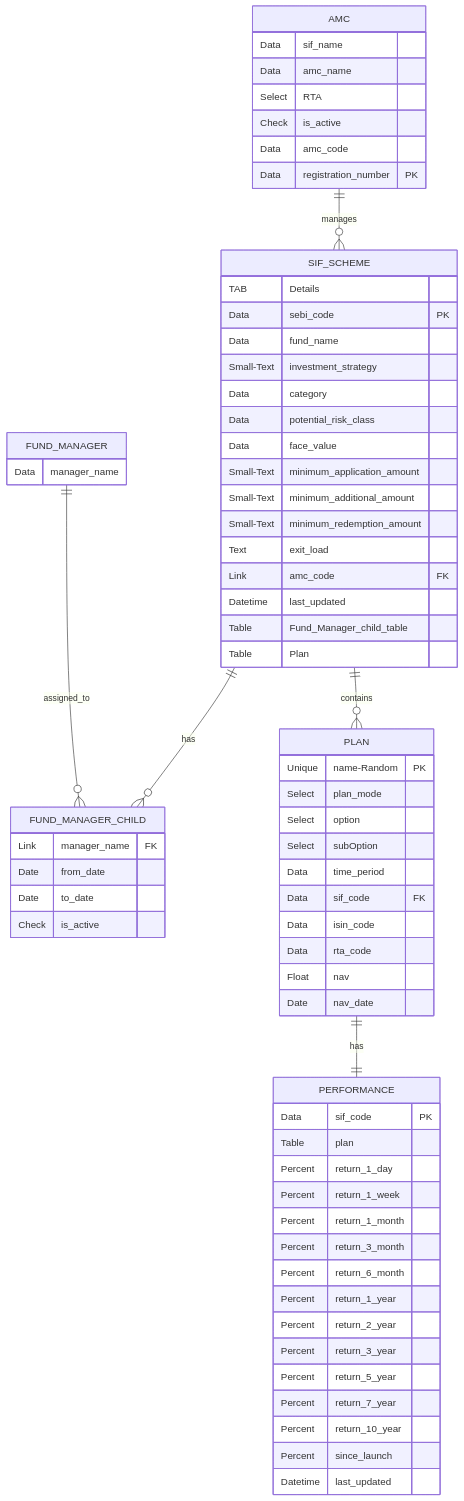
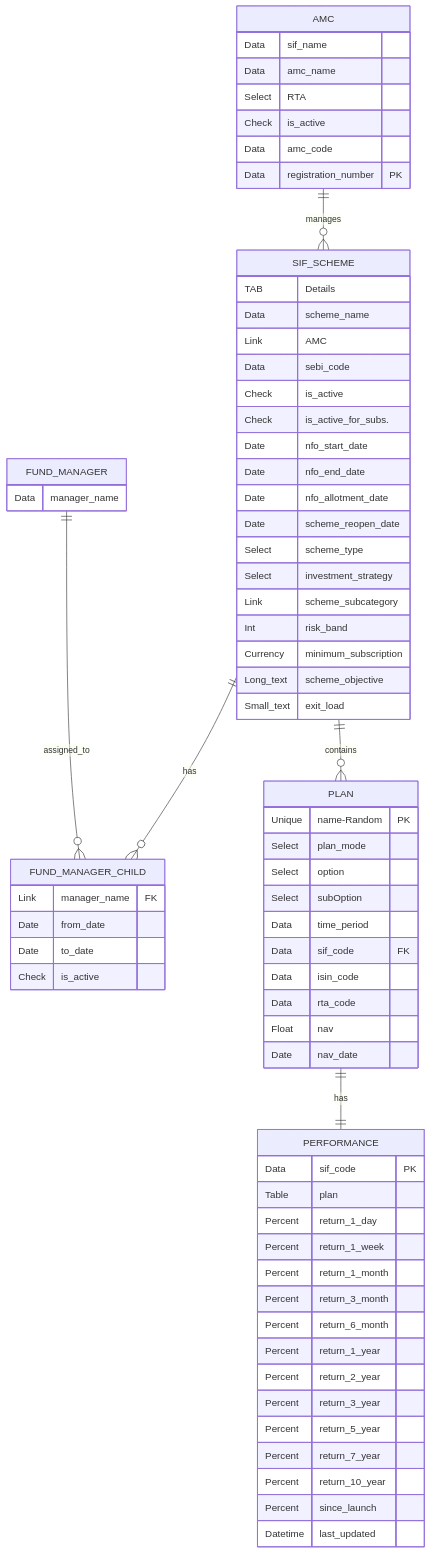
The diagram in sif_app/DOCTYPE architecture ER diagram.md (Satyam4755/My_SIF), drawn with Mermaid before and after one commit.

Commit message:
Update DOCTYPE architecture ER diagram.md

```diff
--- a/sif_app/DOCTYPE architecture ER diagram.md
+++ b/sif_app/DOCTYPE architecture ER diagram.md
@@ -34,26 +34,23 @@
     }
 
     SIF_SCHEME {
-        TAB Details 
-        Data sebi_code PK   
-        Data fund_name
-        Small-Text investment_strategy
-        Data category
-        Data potential_risk_class
-        Data face_value
-
-        Small-Text minimum_application_amount
-        Small-Text minimum_additional_amount
-        Small-Text minimum_redemption_amount
-
-        Text exit_load
-
-        Link amc_code FK
-
-        Datetime last_updated
-
-        Table Fund_Manager_child_table
-        Table Plan
+        TAB Details
+        Data scheme_name
+        Link AMC
+        Data sebi_code 
+        Check is_active
+        Check is_active_for_subs.
+        Date nfo_start_date
+        Date nfo_end_date
+        Date nfo_allotment_date
+        Date scheme_reopen_date
+        Select scheme_type
+        Select investment_strategy
+        Link scheme_subcategory
+        Int risk_band
+        Currency minimum_subscription
+        Long_text scheme_objective
+        Small_text exit_load
     }
 
     PLAN {
```
